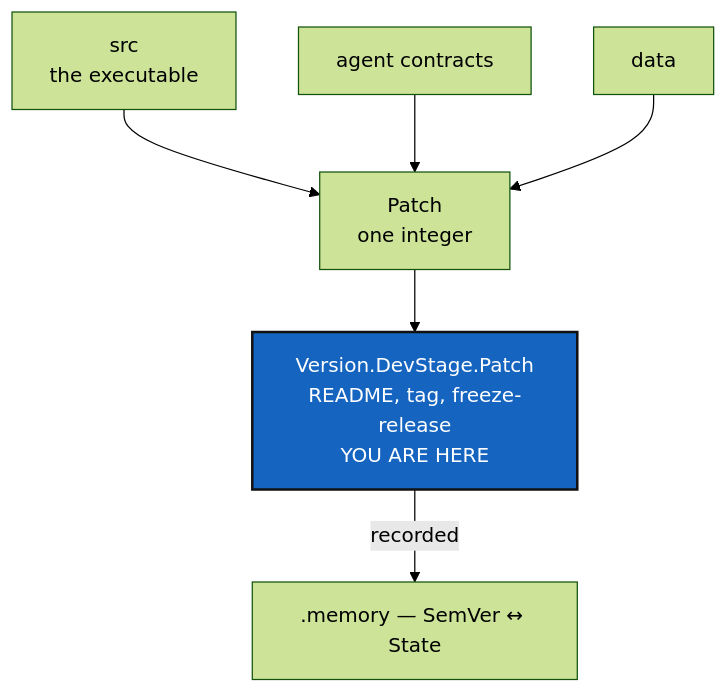
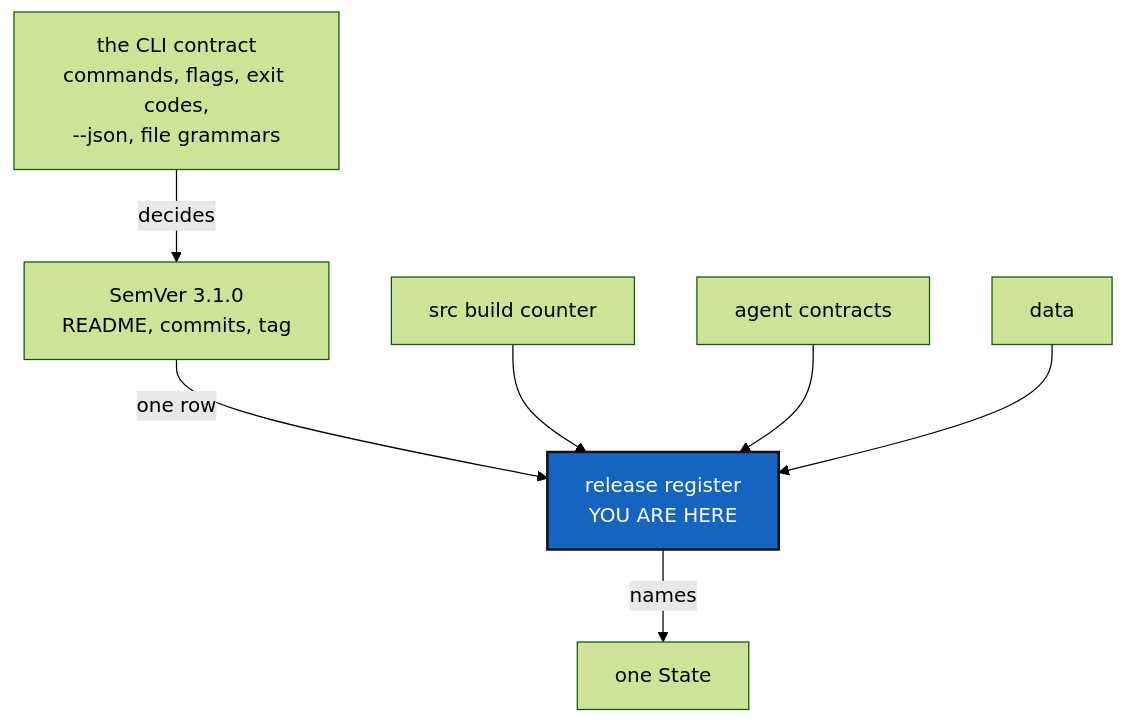
The diagram in DevTickets/openTickets/main_1-3_Versioning_DevPlanTicket.md (flipoyo/.localSpec), drawn with Mermaid (forest theme) before and after one commit. The commit also changed other lines of this file and 2 other files, not shown here.

Commit message:
cgitsync0002.86 the worker bumps the build number as part of its change and the orchestrator checks that it did, so a forgotten bump shows up as a lower conformity score instead of going unnoticed

````diff
--- a/DevTickets/openTickets/main_1-3_Versioning_DevPlanTicket.md
+++ b/DevTickets/openTickets/main_1-3_Versioning_DevPlanTicket.md
@@ -67,11 +67,12 @@
 ```mermaid
 graph TD
-    SRC["src<br/>the executable"] --> P["Patch<br/>one integer"]
-    AC["agent contracts"] --> P
-    DATA["data"] --> P
-    P --> SV["Version.DevStage.Patch<br/>README, tag, freeze-release<br/>YOU ARE HERE"]
-    SV -->|"recorded"| MEM[".memory — SemVer ↔ State"]
+    CLI["the CLI contract<br/>commands, flags, exit codes,<br/>--json, file grammars"] -->|"decides"| SV["SemVer 3.1.0<br/>README, commits, tag"]
+    SV -->|"one row"| REG["release register<br/>YOU ARE HERE"]
+    SRC["src build counter"] --> REG
+    AC["agent contracts"] --> REG
+    DATA["data"] --> REG
+    REG -->|"names"| ST["one State"]
 
     classDef here fill:#1565C0,color:#fff,stroke:#111,stroke-width:2px;
-    class SV here;
+    class REG here;
 ```
````
